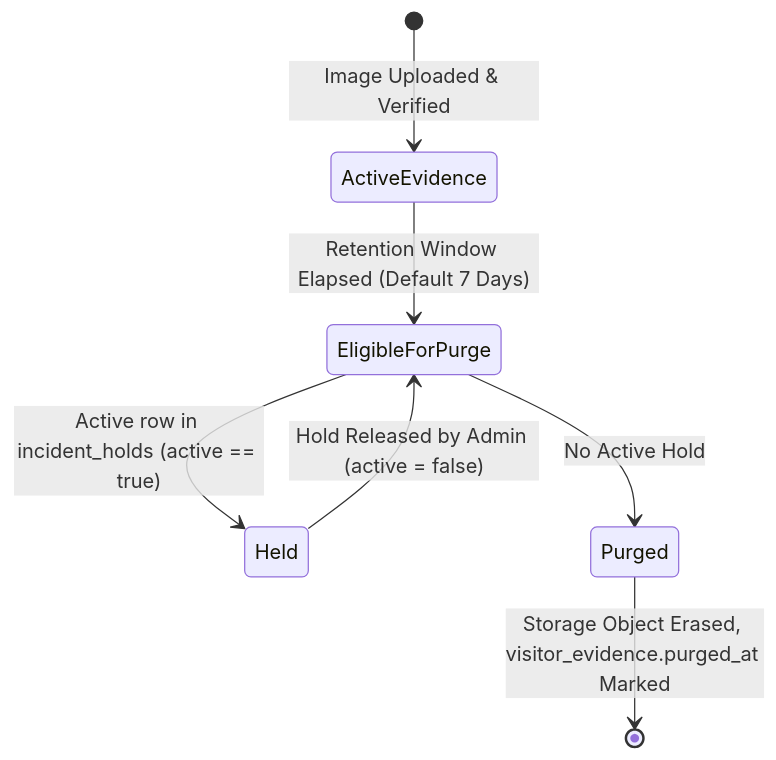
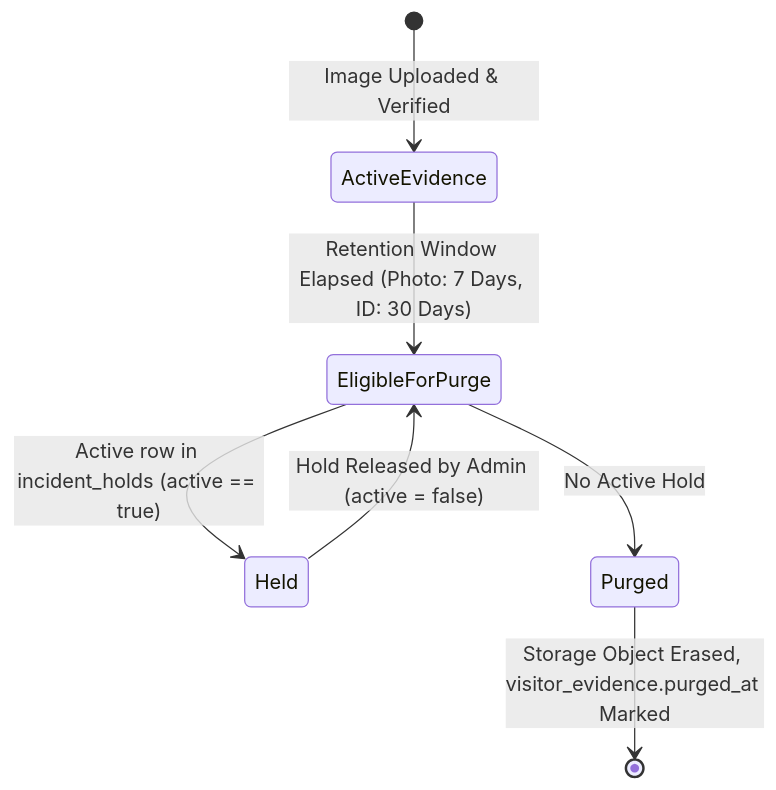
Diagram 13 of 13 in docs/SECURITY.md (jsphhbna/egatepass), drawn with Mermaid before and after one commit. The commit also changed other lines of this file and 40 other files, not shown here.

````diff
--- a/docs/SECURITY.md
+++ b/docs/SECURITY.md
@@ -398,13 +402,13 @@
 ```mermaid
 stateDiagram-v2
     [*] --> ActiveEvidence: Image Uploaded & Verified
 
-    ActiveEvidence --> EligibleForPurge: Retention Window Elapsed (Default 7 Days)
+    ActiveEvidence --> EligibleForPurge: Retention Window Elapsed (Photo: 7 Days, ID: 30 Days)
 
     EligibleForPurge --> Held: Active row in incident_holds (active == true)
     EligibleForPurge --> Purged: No Active Hold
 
     Held --> EligibleForPurge: Hold Released by Admin (active = false)
 
     Purged --> [*]: Storage Object Erased, visitor_evidence.purged_at Marked
 ```
````
